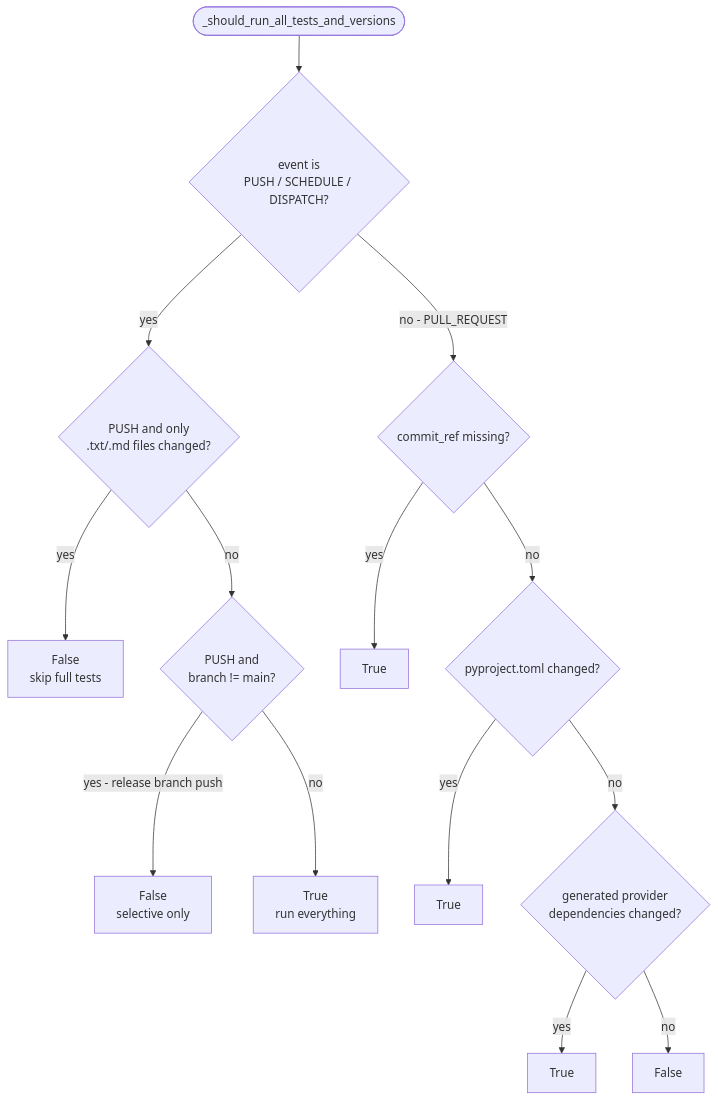
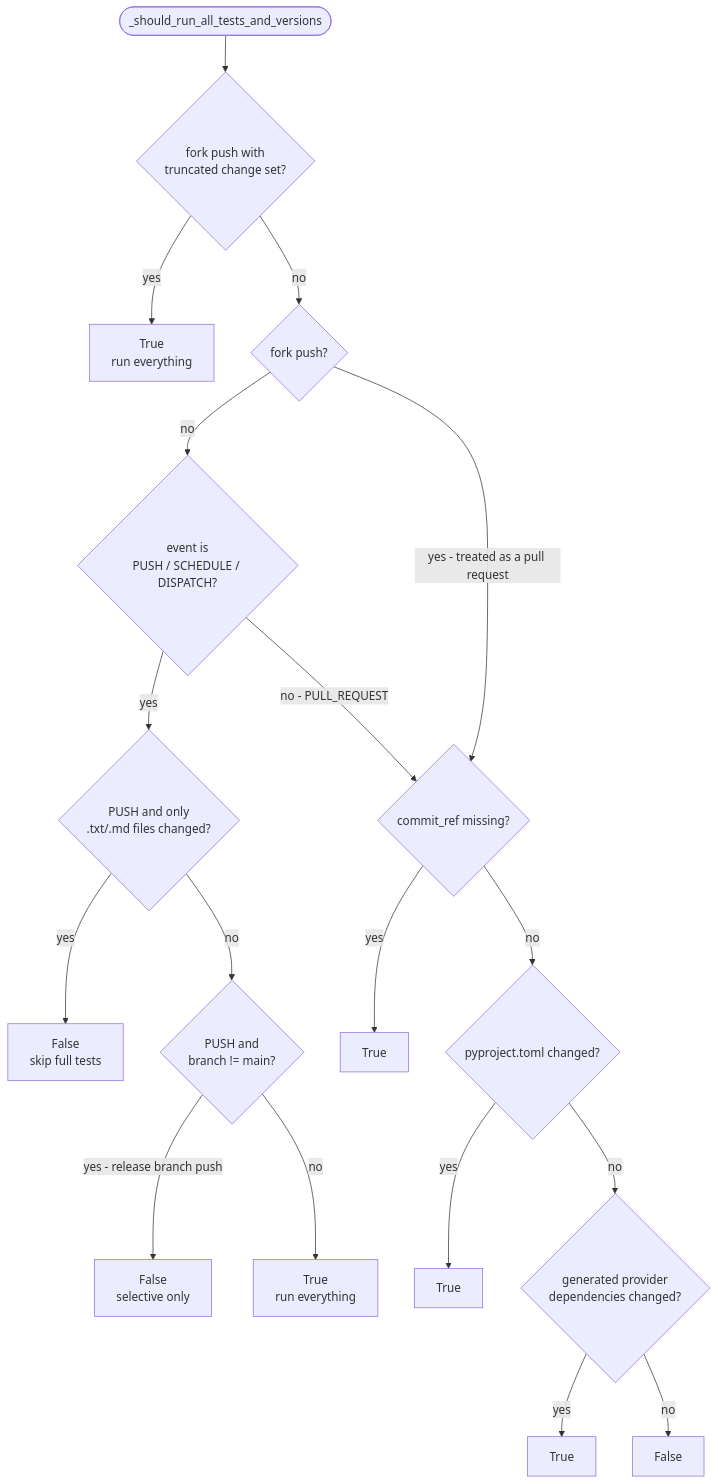
One commit to apache/airflow changed the second of 5 diagrams in dev/breeze/doc/ci/04_selective_checks.md. Above: the diagram before and after it, drawn with Mermaid. The commit also changed other lines of this file and 7 other files, not shown here.

First line of the commit message:
Run fork pushes with pull-request selective checks

````diff
--- a/dev/breeze/doc/ci/04_selective_checks.md
+++ b/dev/breeze/doc/ci/04_selective_checks.md
@@ -142,16 +142,20 @@
 ```mermaid
 flowchart TD
-    A([_should_run_all_tests_and_versions]) --> B{event is<br/>PUSH / SCHEDULE / DISPATCH?}
+    A([_should_run_all_tests_and_versions]) --> T{fork push with<br/>truncated change set?}
+    T -->|yes| YES0[True<br/>run everything]
+    T -->|no| FP{fork push?}
+    FP -->|yes - treated as a pull request| E
+    FP -->|no| B{event is<br/>PUSH / SCHEDULE / DISPATCH?}
     B -->|yes| C{PUSH and only<br/>.txt/.md files changed?}
     C -->|yes| NO1[False<br/>skip full tests]
     C -->|no| D{PUSH and<br/>branch != main?}
     D -->|yes - release branch push| NO2[False<br/>selective only]
     D -->|no| YES1[True<br/>run everything]
     B -->|no - PULL_REQUEST| E{commit_ref missing?}
     E -->|yes| YES2[True]
     E -->|no| Fp{pyproject.toml changed?}
     Fp -->|yes| YES3[True]
     Fp -->|no| G{generated provider<br/>dependencies changed?}
     G -->|yes| YES4[True]
     G -->|no| NO3[False]
 ```
````
